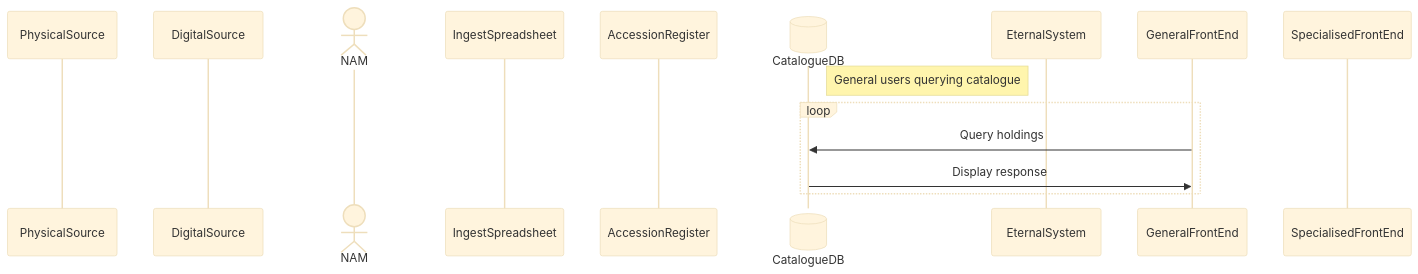
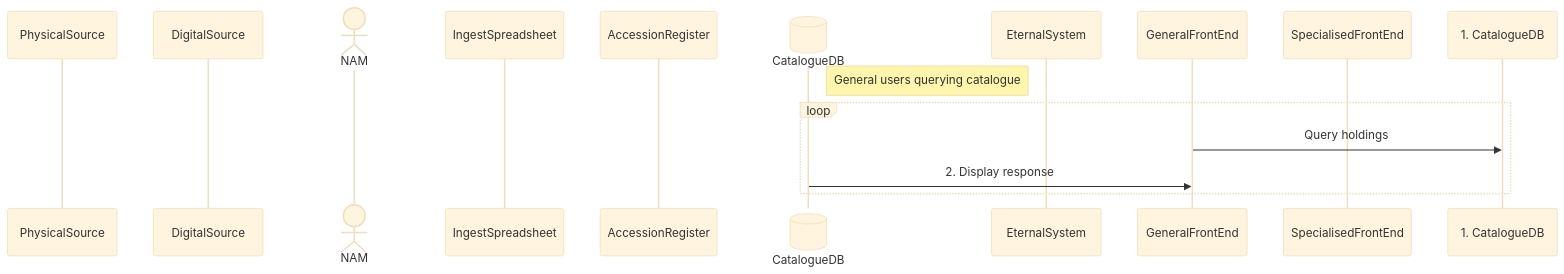
Before and after one commit to dgiaretta/NAM: the fourth of 6 diagrams in README.md, drawn with Mermaid (base theme). The commit also changed other lines of this file, not shown here.

````diff
--- a/README.md
+++ b/README.md
@@ -94,17 +110,17 @@
 ```mermaid
 sequenceDiagram
 participant PhysicalSource
 participant DigitalSource
 actor NAM
 participant IngestSpreadsheet
 participant AccessionRegister
 participant CatalogueDB@{ "type": "database" }
 participant EternalSystem
 participant GeneralFrontEnd
 participant SpecialisedFrontEnd 
 Note right of CatalogueDB: General users querying catalogue
 loop
-  GeneralFrontEnd->>CatalogueDB: Query holdings
-  CatalogueDB->>GeneralFrontEnd: Display response
+  GeneralFrontEnd->>1. CatalogueDB: Query holdings
+  CatalogueDB->>GeneralFrontEnd: 2. Display response
 end
 ```
````
